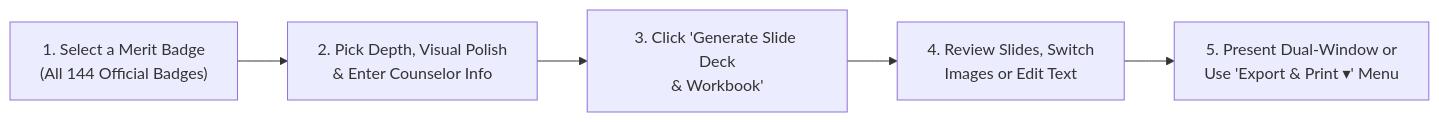
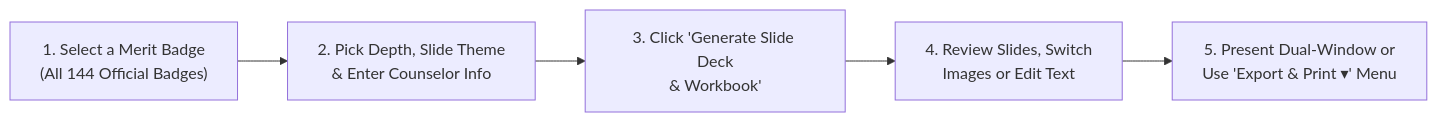
One commit to clayberg/scouts-bsa-merit-badge-agent changed the first of 2 diagrams in docs/USER_GUIDE.md. Above: the diagram before and after it, drawn with Mermaid. The commit also changed other lines of this file and 24 other files, not shown here.

````diff
--- a/docs/USER_GUIDE.md
+++ b/docs/USER_GUIDE.md
@@ -39,7 +39,7 @@
 ```mermaid
 flowchart LR
-    Step1["1. Select a Merit Badge<br/>(All 144 Official Badges)"] --> Step2["2. Pick Depth, Visual Polish<br/>& Enter Counselor Info"]
+    Step1["1. Select a Merit Badge<br/>(All 144 Official Badges)"] --> Step2["2. Pick Depth, Slide Theme<br/>& Enter Counselor Info"]
     Step2 --> Step3["3. Click 'Generate Slide Deck<br/>& Workbook'"]
     Step3 --> Step4["4. Review Slides, Switch<br/>Images or Edit Text"]
     Step4 --> Step5["5. Present Dual-Window or<br/>Use 'Export & Print ▾' Menu"]
 ```
````
